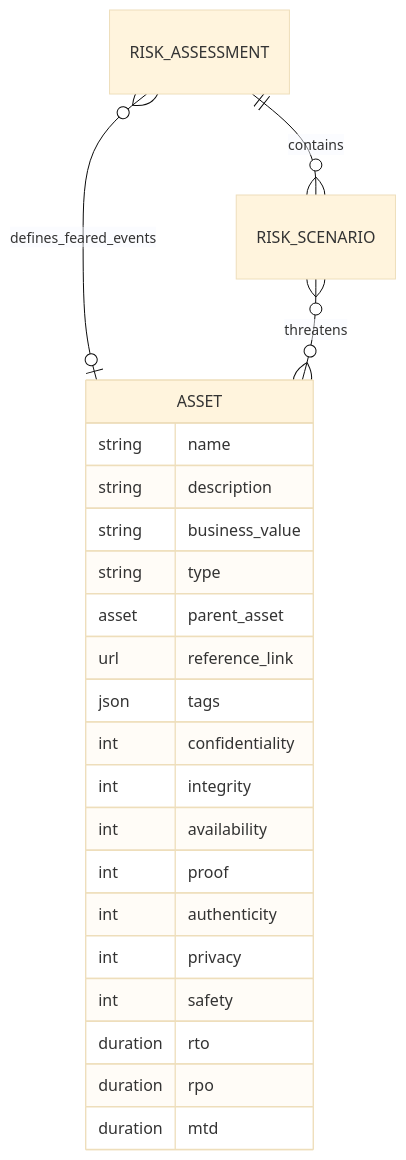
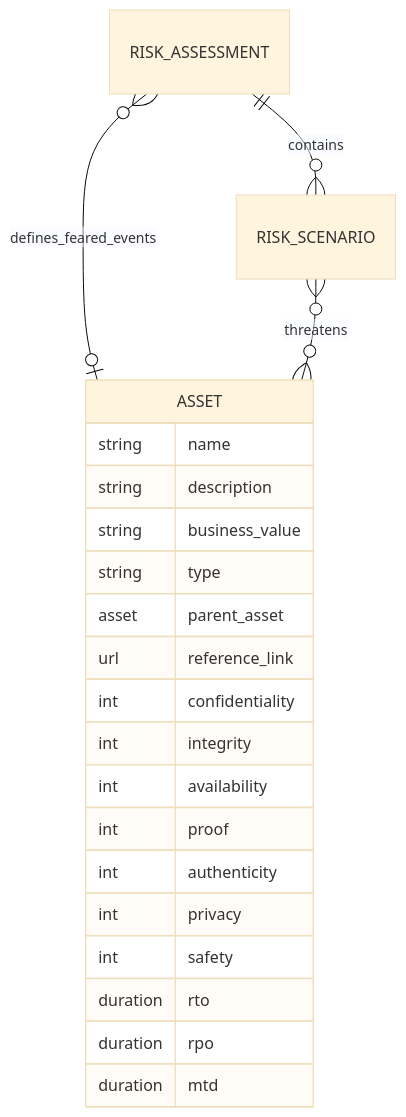
Diagram 11 of 11 in documentation/architecture/data-model.md (intuitem/ciso-assistant-community), drawn with Mermaid (base theme) before and after one commit. The commit also changed other lines of this file, not shown here.

````diff
--- a/documentation/architecture/data-model.md
+++ b/documentation/architecture/data-model.md
@@ -1404,28 +1417,27 @@
 ```mermaid
 erDiagram
 
     RISK_ASSESSMENT       }o--o| ASSET                 : defines_feared_events
     RISK_SCENARIO         }o--o{ ASSET                 : threatens
     RISK_ASSESSMENT       ||--o{ RISK_SCENARIO         : contains
     
     ASSET {
         string   name
         string   description
         string   business_value
         string   type
         asset    parent_asset
         url      reference_link
-        json     tags
         int      confidentiality
         int      integrity
         int      availability
         int      proof
         int      authenticity
         int      privacy
         int      safety
         duration rto
         duration rpo
         duration mtd
     }
 
 ```
````
